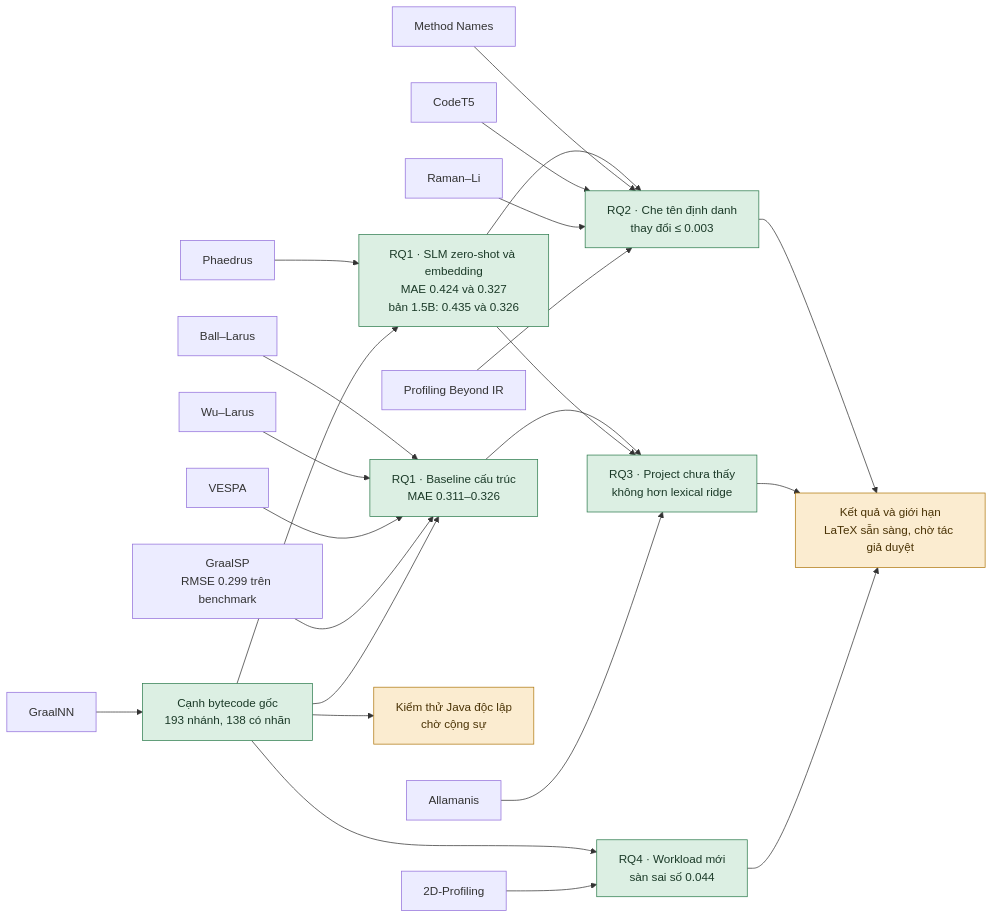
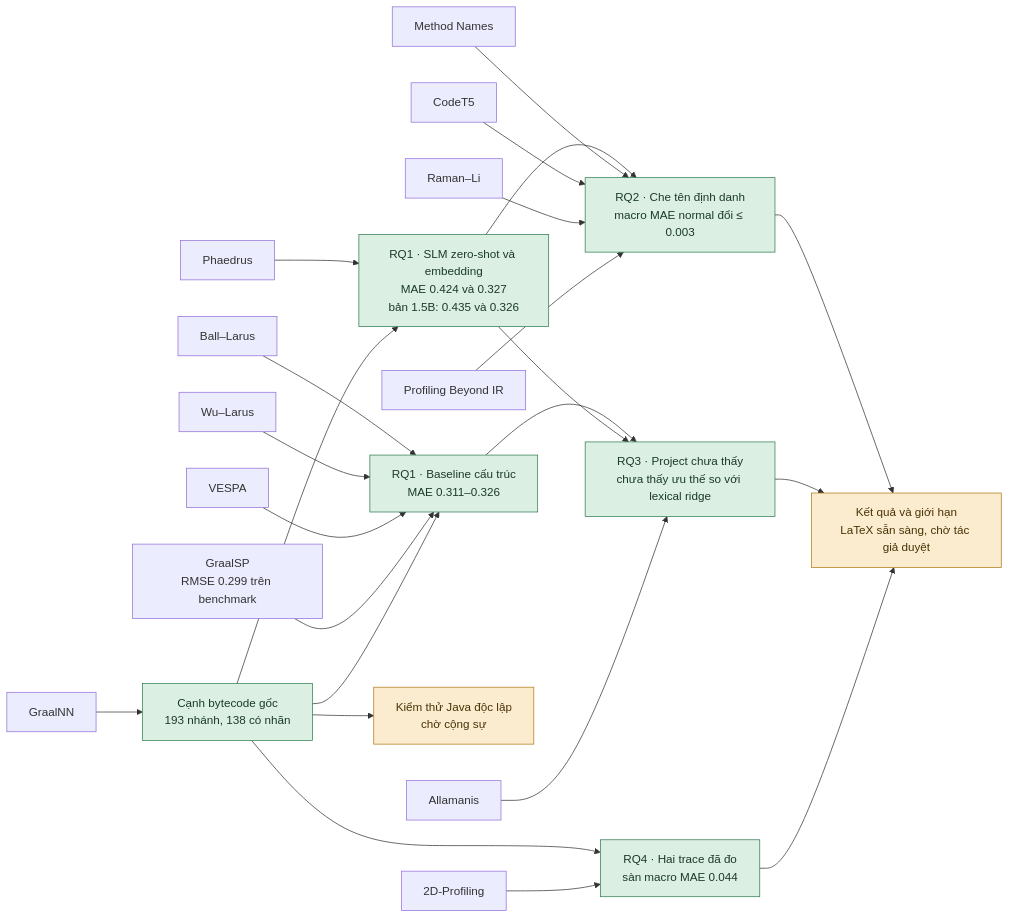
Before and after one commit to minggu151623/llm_profiling_research: the diagram in research/literature/README.md, drawn with Mermaid. The commit also changed 9 other files, not shown here.

````diff
--- a/research/literature/README.md
+++ b/research/literature/README.md
@@ -5,49 +5,49 @@
 ```mermaid
 flowchart LR
     graalsp["GraalSP<br/>RMSE 0.299 trên benchmark"]
     graalnn["GraalNN"]
     method_names["Method Names"]
     ball_larus["Ball–Larus"]
     wu_larus["Wu–Larus"]
     vespa["VESPA"]
     raman_li["Raman–Li"]
     codet5["CodeT5"]
     duplicates["Allamanis"]
     kim_input["2D-Profiling"]
     phaedrus["Phaedrus"]
     SIG["Profiling Beyond IR"]
     DATA["Cạnh bytecode gốc<br/>193 nhánh, 138 có nhãn"]
     JAVA["Kiểm thử Java độc lập<br/>chờ cộng sự"]
     BASE["RQ1 · Baseline cấu trúc<br/>MAE 0.311–0.326"]
     SLM["RQ1 · SLM zero-shot và embedding<br/>MAE 0.424 và 0.327<br/>bản 1.5B: 0.435 và 0.326"]
-    E1["RQ2 · Che tên định danh<br/>thay đổi ≤ 0.003"]
-    E2["RQ3 · Project chưa thấy<br/>không hơn lexical ridge"]
-    E3["RQ4 · Workload mới<br/>sàn sai số 0.044"]
+    E1["RQ2 · Che tên định danh<br/>macro MAE normal đổi ≤ 0.003"]
+    E2["RQ3 · Project chưa thấy<br/>chưa thấy ưu thế so với lexical ridge"]
+    E3["RQ4 · Hai trace đã đo<br/>sàn macro MAE 0.044"]
     CLAIMS["Kết quả và giới hạn<br/>LaTeX sẵn sàng, chờ tác giả duyệt"]
     graalnn --> DATA
     DATA --> JAVA
     ball_larus --> BASE
     wu_larus --> BASE
     vespa --> BASE
     graalsp --> BASE
     DATA --> BASE
     phaedrus --> SLM
     DATA --> SLM
     SLM --> E1
     method_names --> E1
     codet5 --> E1
     raman_li --> E1
     SIG --> E1
     BASE --> E2
     SLM --> E2
     duplicates --> E2
     DATA --> E3
     kim_input --> E3
     E1 --> CLAIMS
     E2 --> CLAIMS
     E3 --> CLAIMS
     classDef measured fill:#dcefe3,stroke:#2f7d4f,color:#1b3a28
     classDef waiting fill:#fbecd0,stroke:#b07a12,color:#4a3305
     class DATA,BASE,SLM,E1,E2,E3 measured
     class JAVA,CLAIMS waiting
 ```
````
